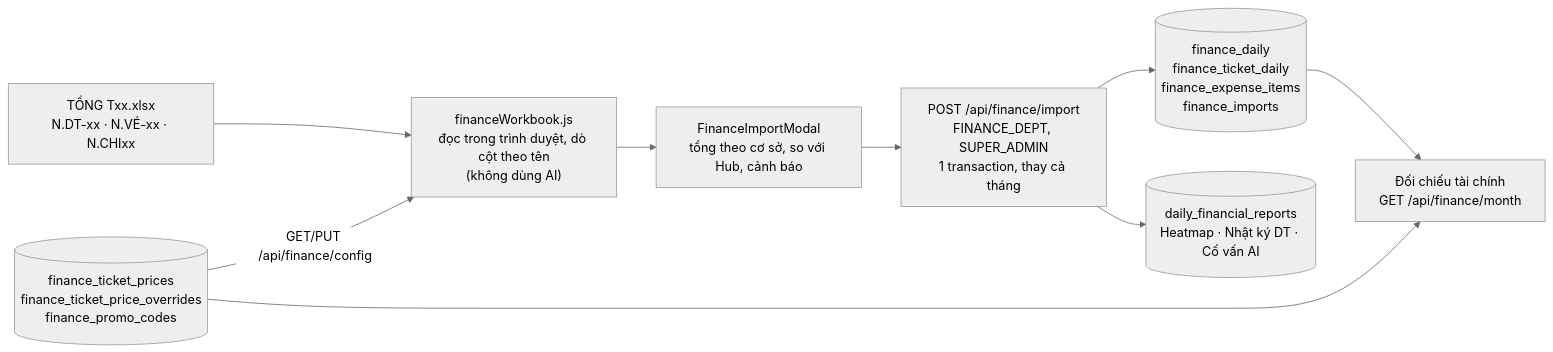
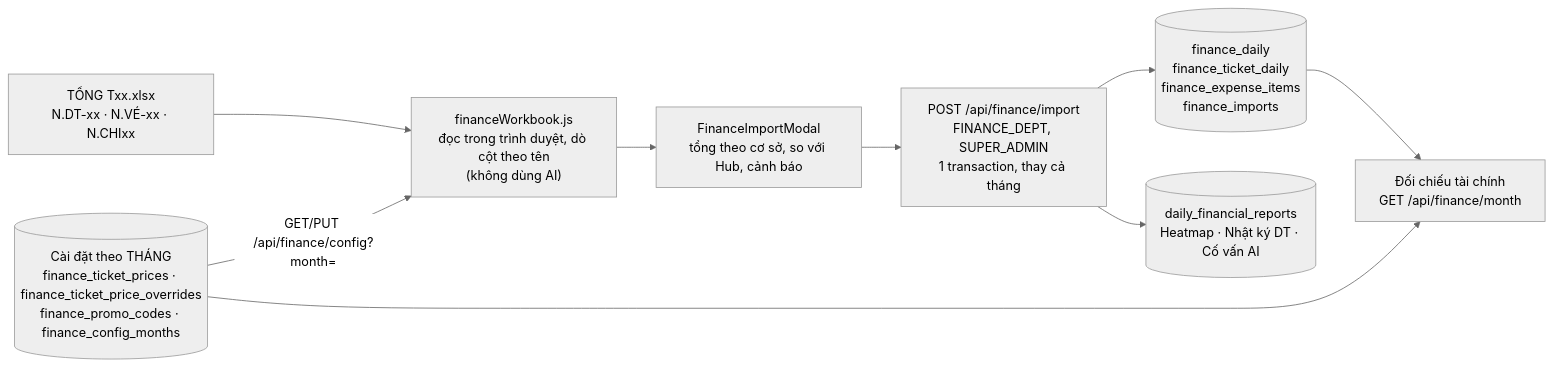
The second of 2 diagrams in ARCHITECTURE.md (contactvhh1206-arch/taskflow-ai-dashboard), drawn with Mermaid (neutral theme) before and after one commit. The commit also changed other lines of this file and 5 other files, not shown here.

First line of the commit message:
feat(finance): cài đặt đối chiếu tách theo tháng; sửa bố cục phần cài đặt

````diff
--- a/ARCHITECTURE.md
+++ b/ARCHITECTURE.md
@@ -56,18 +56,18 @@
 ```mermaid
 flowchart LR
     XLSX["TỔNG Txx.xlsx<br/>N.DT-xx · N.VÉ-xx · N.CHIxx"]
     PARSE["financeWorkbook.js<br/>đọc trong trình duyệt, dò cột theo tên<br/>(không dùng AI)"]
     PREVIEW["FinanceImportModal<br/>tổng theo cơ sở, so với Hub, cảnh báo"]
     API["POST /api/finance/import<br/>FINANCE_DEPT, SUPER_ADMIN<br/>1 transaction, thay cả tháng"]
     T1[("finance_daily<br/>finance_ticket_daily<br/>finance_expense_items<br/>finance_imports")]
     T2[("daily_financial_reports<br/>Heatmap · Nhật ký DT · Cố vấn AI")]
     RECON["Đối chiếu tài chính<br/>GET /api/finance/month"]
-    CFG[("finance_ticket_prices<br/>finance_ticket_price_overrides<br/>finance_promo_codes")]
+    CFG[("Cài đặt theo THÁNG<br/>finance_ticket_prices · finance_ticket_price_overrides<br/>finance_promo_codes · finance_config_months")]
 
     XLSX --> PARSE --> PREVIEW --> API
     API --> T1
     API --> T2
     T1 --> RECON
-    CFG -->|"GET/PUT /api/finance/config"| PARSE
+    CFG -->|"GET/PUT /api/finance/config?month="| PARSE
     CFG --> RECON
 ```
````
